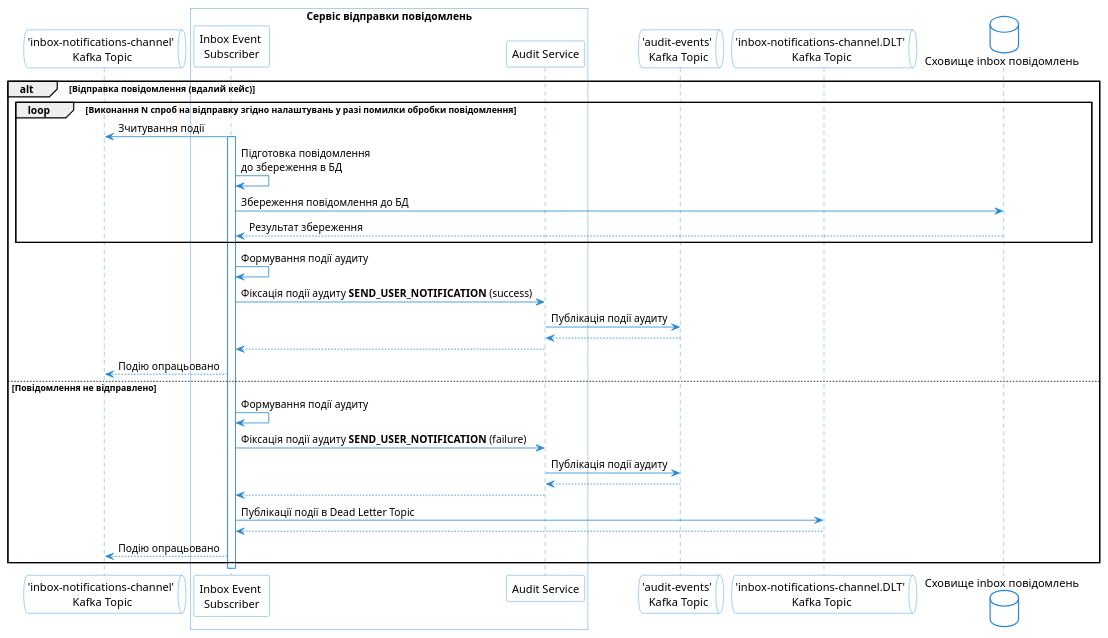
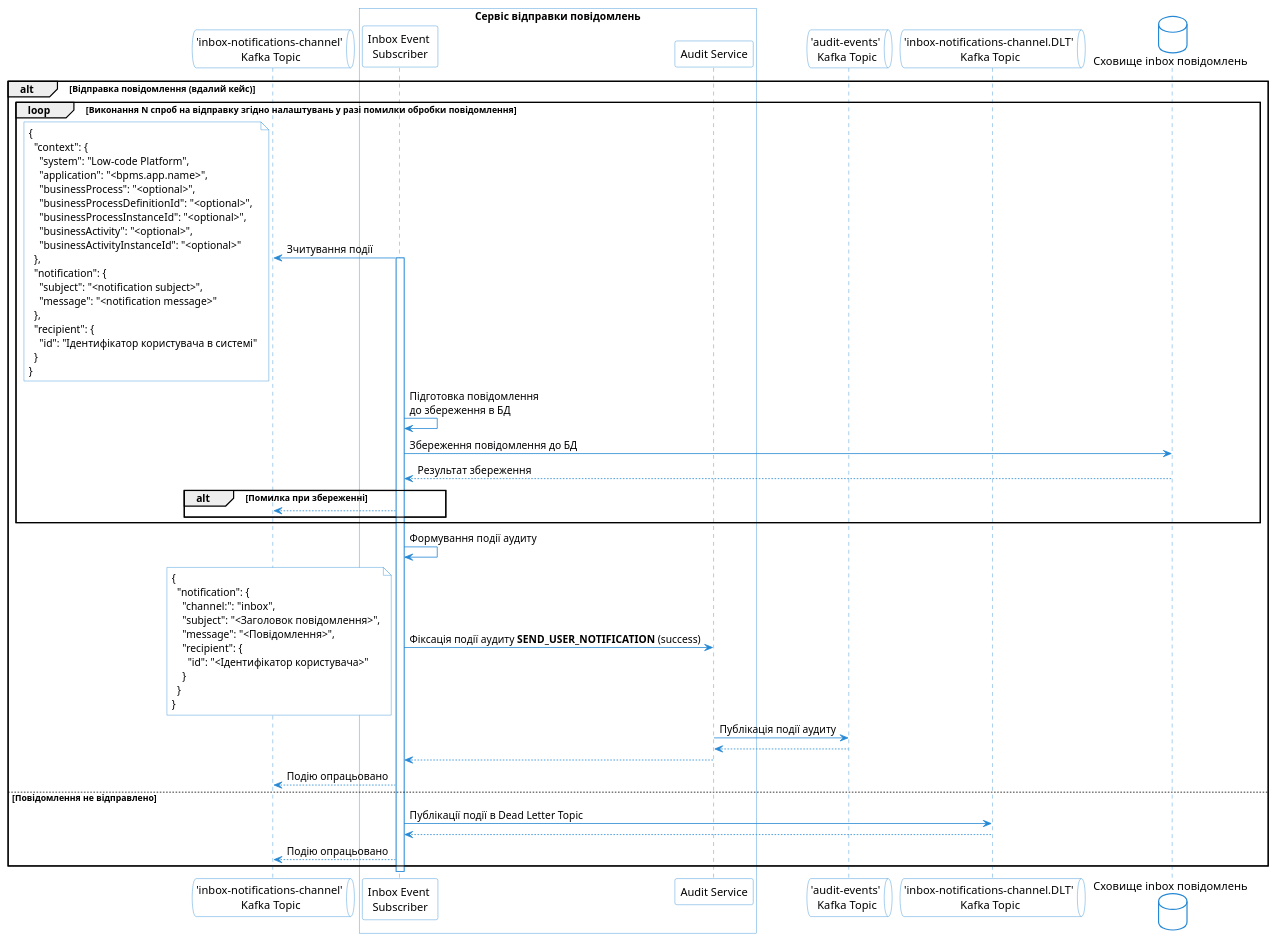
Before and after one commit to epam/edp-ddm-architecture: the diagram in modules/tech/partials/lowcode/notifications/inbox/inbox-notification-save-flow.puml, drawn with PlantUML. The commit also changed 3 other files, not shown here.

Commit message:
[MDTUDDM-4731] - Added sequence diagrams for notifications

```diff
--- a/modules/tech/partials/lowcode/notifications/inbox/inbox-notification-save-flow.puml
+++ b/modules/tech/partials/lowcode/notifications/inbox/inbox-notification-save-flow.puml
@@ -1,58 +1,88 @@
 @startuml
 skinparam shadowing false
 skinparam DatabaseBackgroundColor white
 skinparam DatabaseBorderColor #2688d4
 skinparam QueueBackgroundColor white
 skinparam QueueBorderColor #2688d4
 skinparam NoteBackgroundColor white
 skinparam NoteBorderColor #2688d4
 skinparam sequence {
     ArrowColor #2688d4
     ActorBorderColor #2688d4
     LifeLineBorderColor #2688d4
     ParticipantBorderColor #2688d4
     ParticipantBackgroundColor white
     BoxBorderColor #2688d4
     BoxBackgroundColor white
 }
 
 queue "'inbox-notifications-channel'\n Kafka Topic" as inbox_notifications_channel_kafka_topic
 
 box "Сервіс відправки повідомлень"
   participant "Inbox Event \nSubscriber" as notification_kafka_subscriber
   participant "Audit Service" as audit_service
 end box
 
 queue "'audit-events'\n Kafka Topic" as audit_events_kafka_topic
 
 queue "'inbox-notifications-channel.DLT'\n Kafka Topic" as inbox_notifications_channel_dlt_kafka_topic
 
 database "Сховище inbox повідомлень" as inbox_db
 
 alt Відправка повідомлення (вдалий кейс)
 loop Виконання N спроб на відправку згідно налаштувань у разі помилки обробки повідомлення
 notification_kafka_subscriber -> inbox_notifications_channel_kafka_topic: Зчитування події
+note left
+  {
+    "context": {
+      "system": "Low-code Platform",
+      "application": "<bpms.app.name>",
+      "businessProcess": "<optional>",
+      "businessProcessDefinitionId": "<optional>",
+      "businessProcessInstanceId": "<optional>",
+      "businessActivity": "<optional>",
+      "businessActivityInstanceId": "<optional>"
+    },
+    "notification": {
+      "subject": "<notification subject>",
+      "message": "<notification message>"
+    },
+    "recipient": {
+      "id": "Ідентифікатор користувача в системі"
+    }
+  }
+  end note
 activate notification_kafka_subscriber
 notification_kafka_subscriber -> notification_kafka_subscriber: Підготовка повідомлення \nдо збереження в БД
 notification_kafka_subscriber -> inbox_db: Збереження повідомлення до БД
 inbox_db --> notification_kafka_subscriber: Результат збереження
+  alt Помилка при збереженні
+    notification_kafka_subscriber --> inbox_notifications_channel_kafka_topic
+  end
 end
     notification_kafka_subscriber -> notification_kafka_subscriber: Формування події аудиту
     notification_kafka_subscriber -> audit_service: Фіксація події аудиту **SEND_USER_NOTIFICATION** (success)
+    note left
+    {
+      "notification": {
+        "channel:": "inbox",
+        "subject": "<Заголовок повідомлення>",
+        "message": "<Повідомлення>",
+        "recipient": {
+          "id": "<Ідентифікатор користувача>"
+        }
+      }
+    }
+    end note
     audit_service -> audit_events_kafka_topic: Публікація події аудиту
     audit_events_kafka_topic --> audit_service
     audit_service --> notification_kafka_subscriber
     notification_kafka_subscriber --> inbox_notifications_channel_kafka_topic: Подію опрацьовано
 
 else Повідомлення не відправлено
-    notification_kafka_subscriber -> notification_kafka_subscriber: Формування події аудиту
-    notification_kafka_subscriber -> audit_service: Фіксація події аудиту **SEND_USER_NOTIFICATION** (failure)
-    audit_service -> audit_events_kafka_topic: Публікація події аудиту
-    audit_events_kafka_topic --> audit_service
-    audit_service --> notification_kafka_subscriber
     notification_kafka_subscriber -> inbox_notifications_channel_dlt_kafka_topic: Публікації події в Dead Letter Topic
     inbox_notifications_channel_dlt_kafka_topic --> notification_kafka_subscriber
     notification_kafka_subscriber --> inbox_notifications_channel_kafka_topic: Подію опрацьовано
 end
 deactivate notification_kafka_subscriber
 @enduml
```
